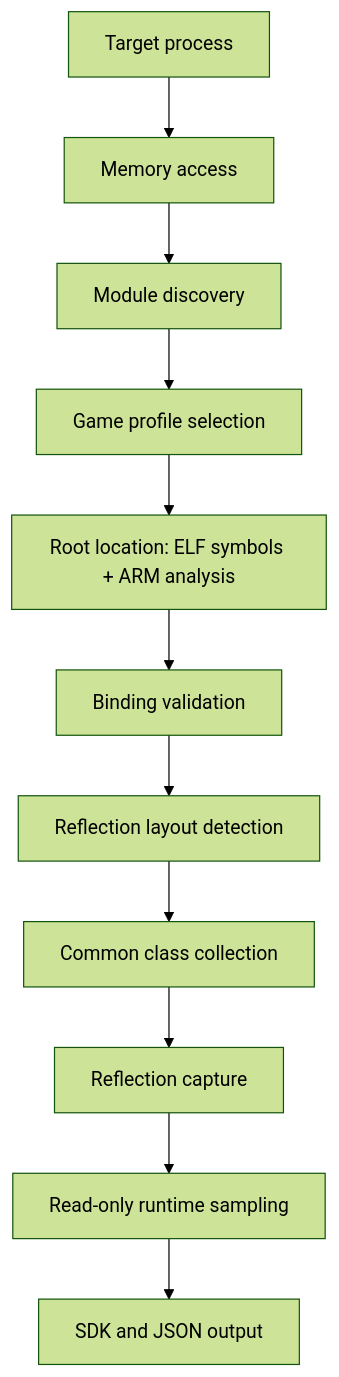
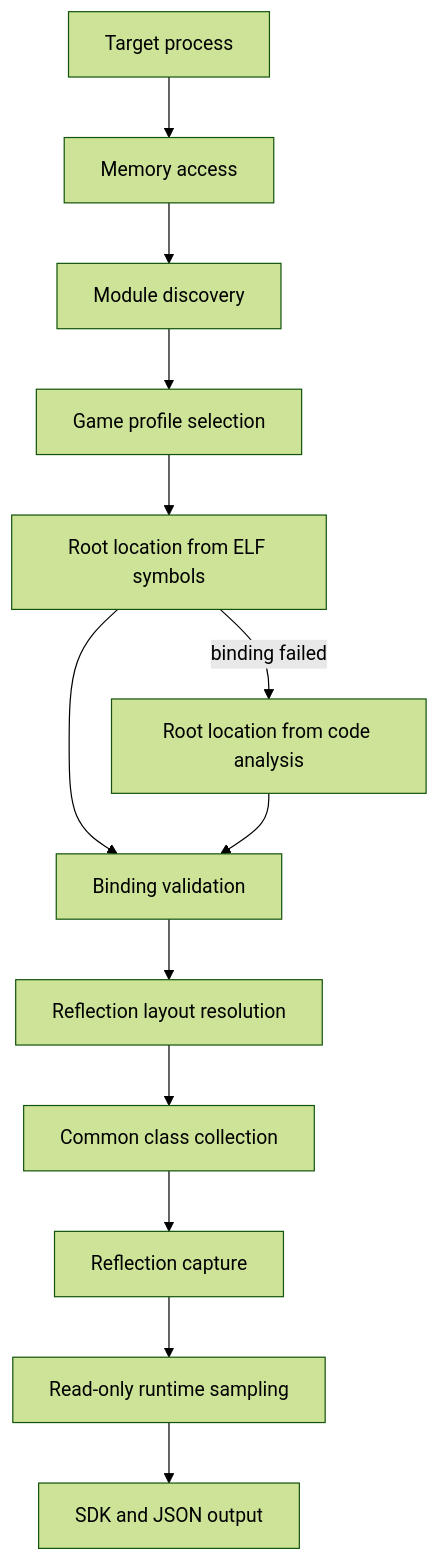
One commit to Ezeny1337/NextDumper changed the diagram in README.md. Above: the diagram before and after it, drawn with Mermaid (forest theme). The commit also changed other lines of this file and 1 other file, not shown here.

````diff
--- a/README.md
+++ b/README.md
@@ -33,13 +33,15 @@
 ```mermaid
 flowchart TD
     A[Target process] --> B[Memory access]
     B --> C[Module discovery]
     C --> D[Game profile selection]
-    D --> E[Root location: ELF symbols + ARM analysis]
+    D --> E[Root location from ELF symbols]
+    E -->|binding failed| E2[Root location from code analysis]
     E --> F[Binding validation]
-    F --> G[Reflection layout detection]
+    E2 --> F
+    F --> G[Reflection layout resolution]
     G --> H[Common class collection]
     H --> I[Reflection capture]
     I --> J[Read-only runtime sampling]
     J --> K[SDK and JSON output]
 ```
````
